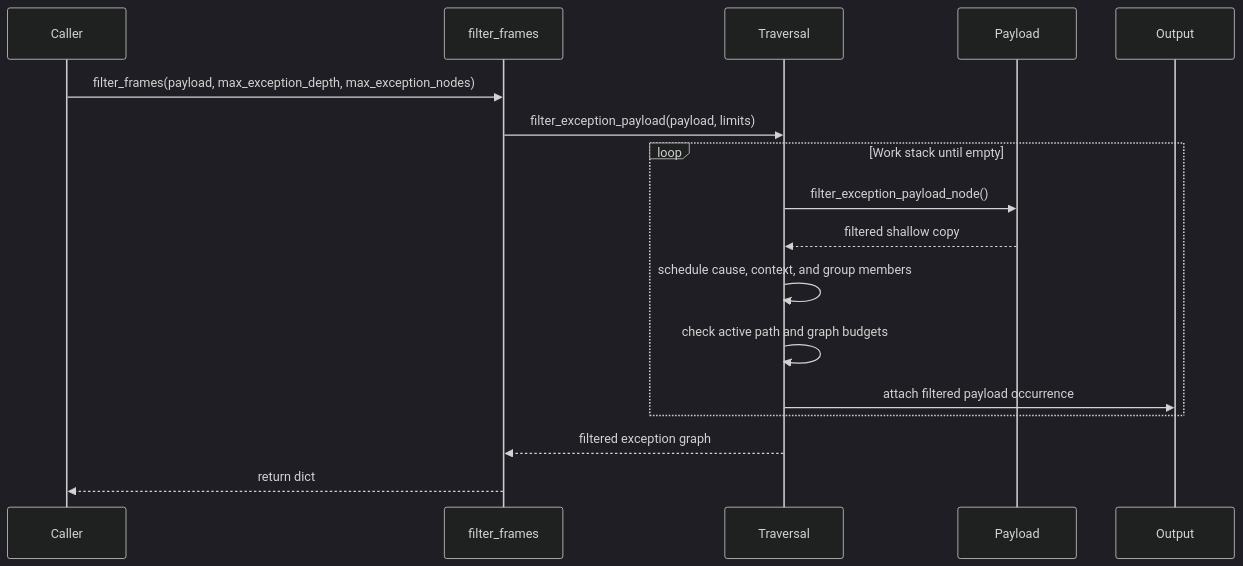
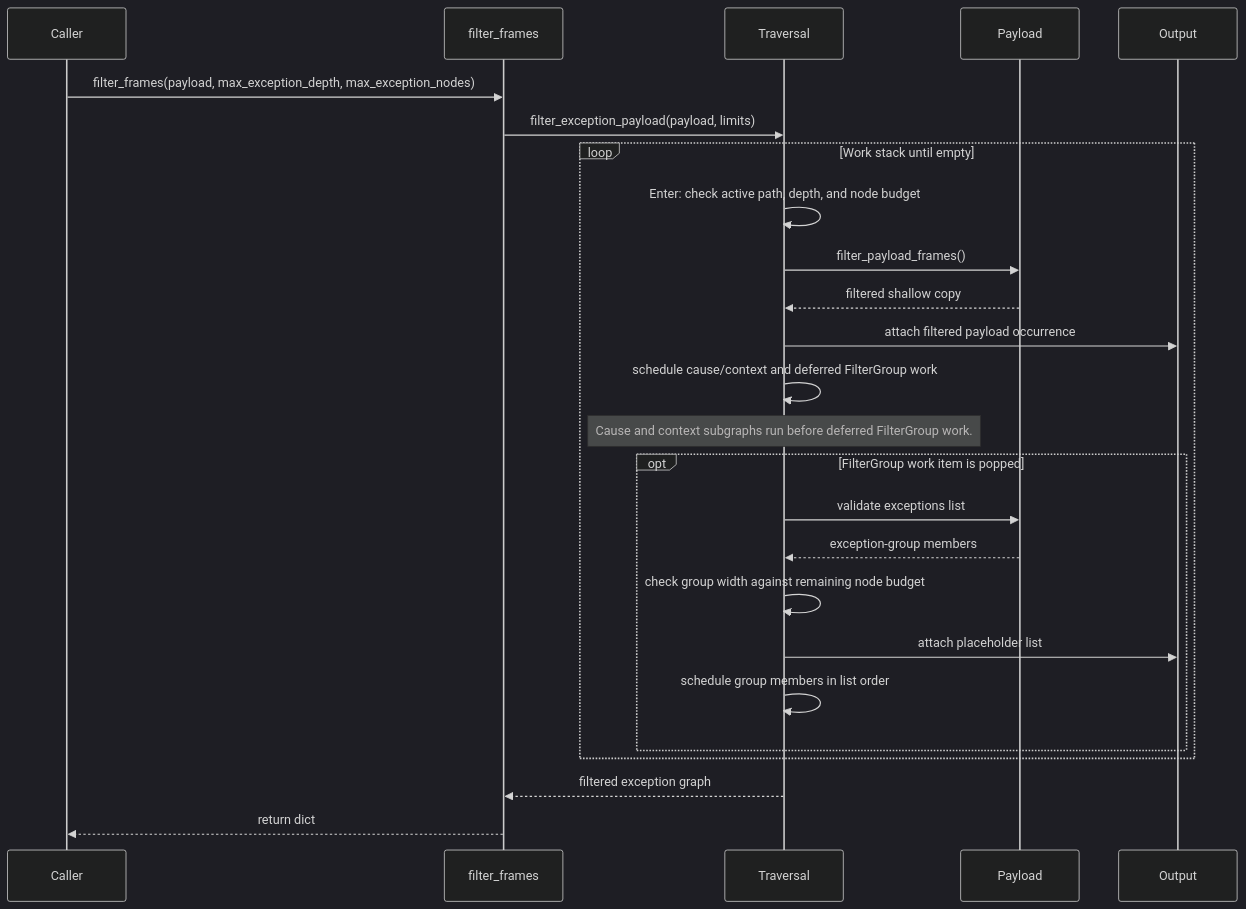
The third of 3 diagrams in docs/frame-filtering-design.md (leynos/femtologging), drawn with Mermaid (dark theme) before and after one commit. The commit also changed other lines of this file and 8 other files, not shown here.

First line of the commit message:
Add docs and properties for exception traversal (#443)

````diff
--- a/docs/frame-filtering-design.md
+++ b/docs/frame-filtering-design.md
@@ -130,26 +139,35 @@
 ```mermaid
 sequenceDiagram
     accTitle: Python exception payload filtering sequence
     accDescr {
-      The Python binding passes graph limits to an iterative traversal, which
-      filters each payload, schedules nested edges, checks cycles and budgets,
-      and attaches each filtered occurrence.
+      Enter work checks the active path, depth, and node budget before filtering
+      and attaching a payload copy. Deferred FilterGroup work later checks
+      exception-group width before allocating its output list and scheduling
+      members.
     }
     participant Caller
     participant filter_frames
     participant Traversal
     participant Payload
     participant Output
 
     Caller->>filter_frames: filter_frames(payload, max_exception_depth, max_exception_nodes)
     filter_frames->>Traversal: filter_exception_payload(payload, limits)
     loop Work stack until empty
-        Traversal->>Payload: filter_exception_payload_node()
+        Traversal->>Traversal: Enter: check active path, depth, and node budget
+        Traversal->>Payload: filter_payload_frames()
         Payload-->>Traversal: filtered shallow copy
-        Traversal->>Traversal: schedule cause, context, and group members
-        Traversal->>Traversal: check active path and graph budgets
         Traversal->>Output: attach filtered payload occurrence
+        Traversal->>Traversal: schedule cause/context and deferred FilterGroup work
+        Note over Traversal: Cause and context subgraphs run before deferred FilterGroup work.
+        opt FilterGroup work item is popped
+            Traversal->>Payload: validate exceptions list
+            Payload-->>Traversal: exception-group members
+            Traversal->>Traversal: check group width against remaining node budget
+            Traversal->>Output: attach placeholder list
+            Traversal->>Traversal: schedule group members in list order
+        end
     end
     Traversal-->>filter_frames: filtered exception graph
     filter_frames-->>Caller: return dict
 ```
````
